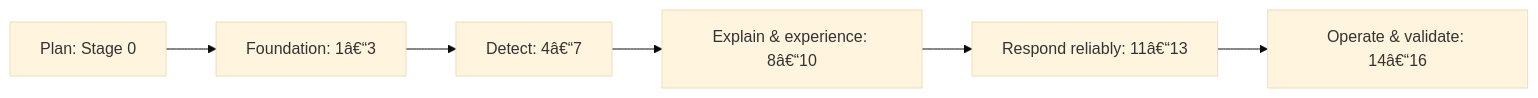
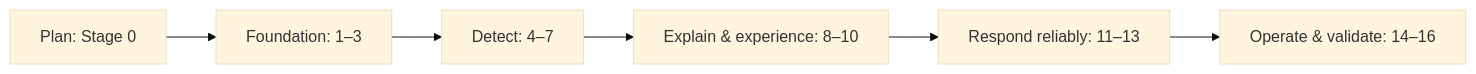
The diagram in docs/planning/roadmap.md (cloudops-project/CloudOps), drawn with Mermaid (base theme) before and after one commit. The commit also changed 63 other files, not shown here.

````diff
--- a/docs/planning/roadmap.md
+++ b/docs/planning/roadmap.md
@@ -7,8 +7,8 @@
 ```mermaid
 flowchart LR
-  P["Plan: Stage 0"] --> F["Foundation: 1â€“3"]
-  F --> D["Detect: 4â€“7"]
-  D --> E["Explain & experience: 8â€“10"]
-  E --> R["Respond reliably: 11â€“13"]
-  R --> O["Operate & validate: 14â€“16"]
+  P["Plan: Stage 0"] --> F["Foundation: 1–3"]
+  F --> D["Detect: 4–7"]
+  D --> E["Explain & experience: 8–10"]
+  E --> R["Respond reliably: 11–13"]
+  R --> O["Operate & validate: 14–16"]
 ```
````
